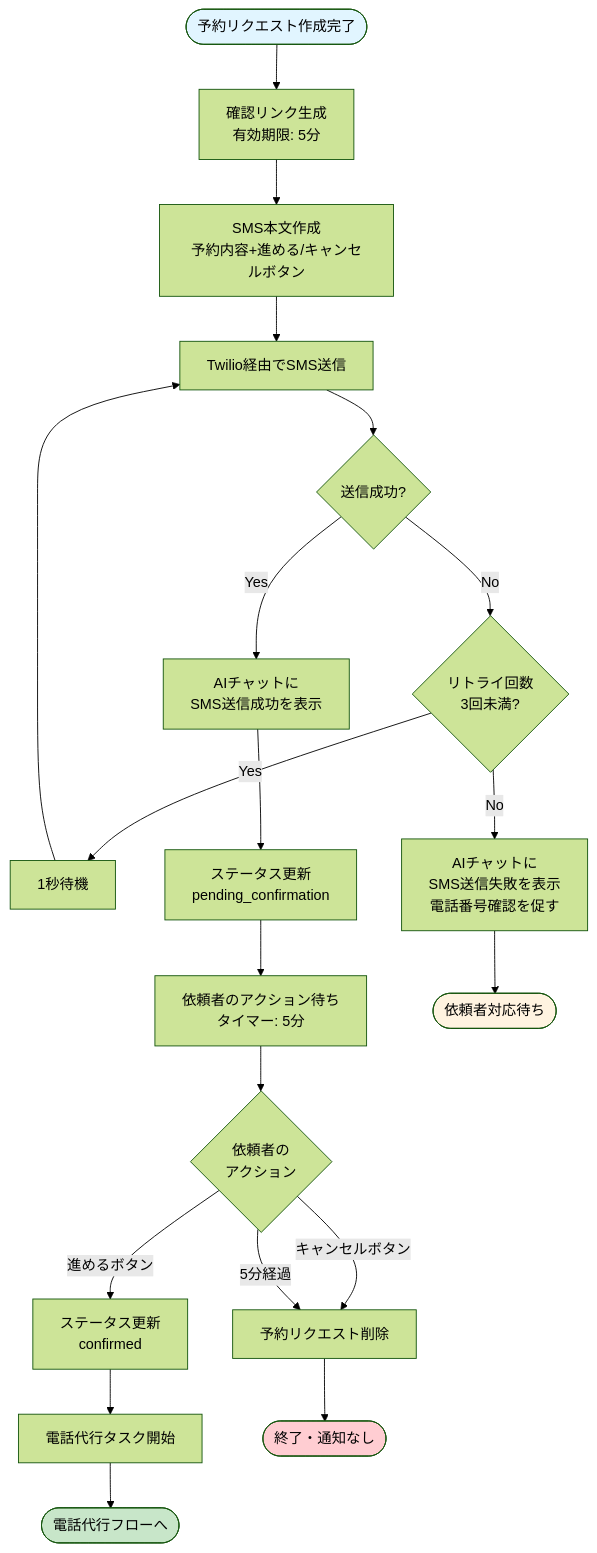
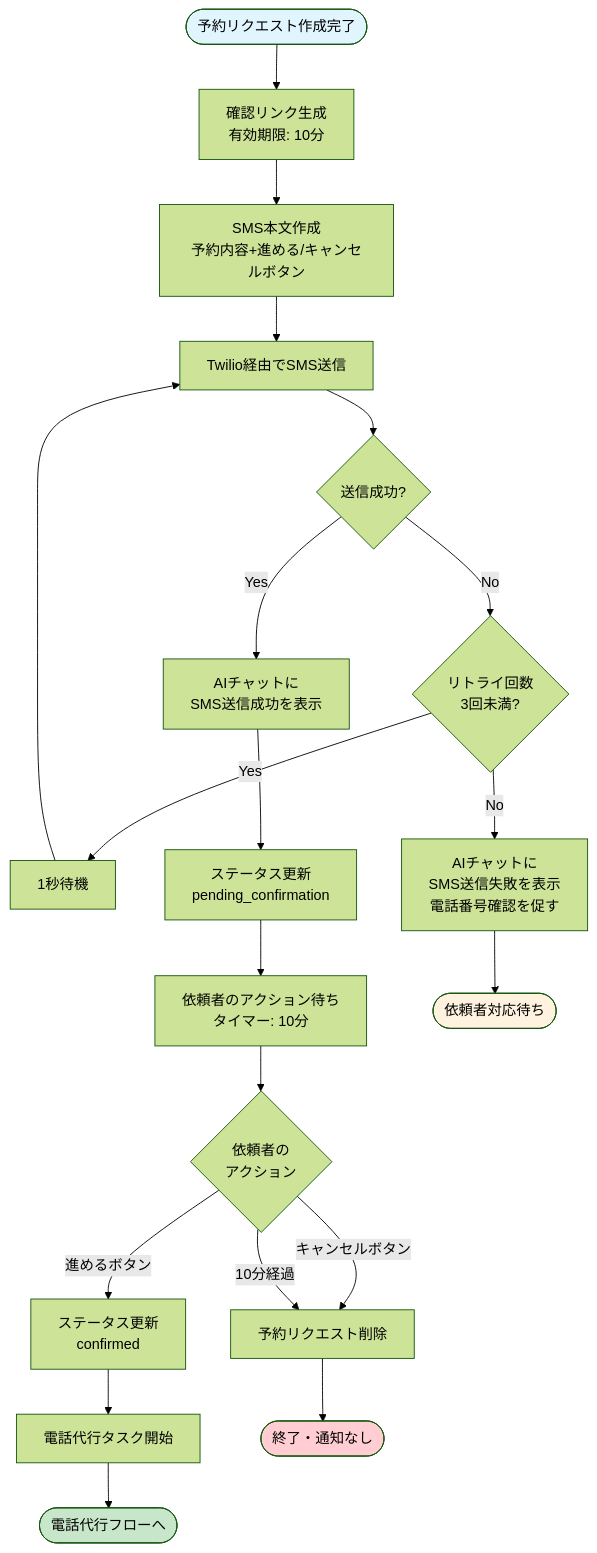
The third of 9 diagrams in requiremet/業務フロー図.md (kshimono/mcp_phone), drawn with Mermaid (forest theme) before and after one commit. The commit also changed other lines of this file and 2 other files, not shown here.

````diff
--- a/requiremet/業務フロー図.md
+++ b/requiremet/業務フロー図.md
@@ -113,33 +116,33 @@
 ```mermaid
 graph TB
-    Start([予約リクエスト作成完了]) --> CreateLink[確認リンク生成<br/>有効期限: 5分]
+    Start([予約リクエスト作成完了]) --> CreateLink[確認リンク生成<br/>有効期限: 10分]
     CreateLink --> CreateSMS[SMS本文作成<br/>予約内容+進める/キャンセルボタン]
     CreateSMS --> SendSMS[Twilio経由でSMS送信]
 
     SendSMS --> SMSResult{送信成功?}
     SMSResult -->|No| Retry{リトライ回数<br/>3回未満?}
     Retry -->|Yes| Wait1[1秒待機]
     Wait1 --> SendSMS
     Retry -->|No| NotifyUser[AIチャットに<br/>SMS送信失敗を表示<br/>電話番号確認を促す]
 
     SMSResult -->|Yes| NotifySuccess[AIチャットに<br/>SMS送信成功を表示]
     NotifySuccess --> UpdateStatus1[ステータス更新<br/>pending_confirmation]
-    UpdateStatus1 --> WaitAction[依頼者のアクション待ち<br/>タイマー: 5分]
+    UpdateStatus1 --> WaitAction[依頼者のアクション待ち<br/>タイマー: 10分]
 
     WaitAction --> Action{依頼者の<br/>アクション}
 
     Action -->|進めるボタン| UpdateStatus2[ステータス更新<br/>confirmed]
     Action -->|キャンセルボタン| DeleteReq[予約リクエスト削除]
-    Action -->|5分経過| DeleteReq
+    Action -->|10分経過| DeleteReq
 
     UpdateStatus2 --> StartCall[電話代行タスク開始]
     StartCall --> End1([電話代行フローへ])
 
     DeleteReq --> End2([終了・通知なし])
     NotifyUser --> End3([依頼者対応待ち])
 
     style Start fill:#e1f5ff
     style End1 fill:#c8e6c9
     style End2 fill:#ffcdd2
     style End3 fill:#fff3e0
 ```
````
